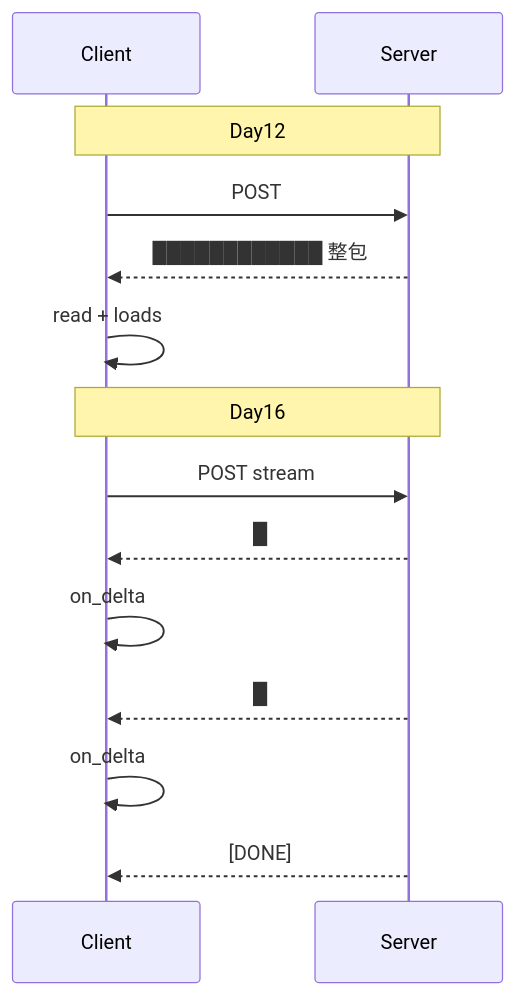
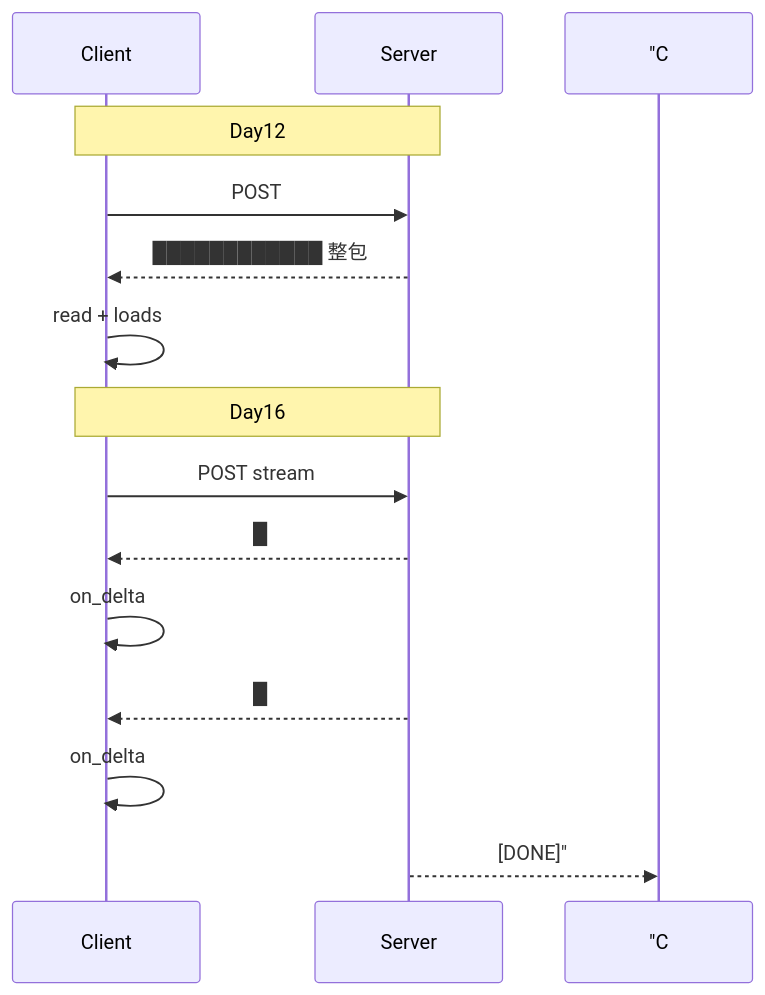
Before and after one commit to ab6539763/70_days_course_plus: the first of 2 diagrams in course/day16/18_与Day12阻塞调用对照表.md, drawn with Mermaid. The commit also changed 134 other files, not shown here.

````diff
--- a/course/day16/18_与Day12阻塞调用对照表.md
+++ b/course/day16/18_与Day12阻塞调用对照表.md
@@ -72,18 +72,18 @@
 ```mermaid
 sequenceDiagram
     participant C as Client
     participant S as Server
 
     Note over C,S: Day12
     C->>S: POST
     S-->>C: ████████████ 整包
     C->>C: read + loads
 
     Note over C,S: Day16
     C->>S: POST stream
     S-->>C: █
     C->>C: on_delta
     S-->>C: █
     C->>C: on_delta
-    S-->>C: [DONE]
+    S-->> "C: [DONE]"
 ```
````
